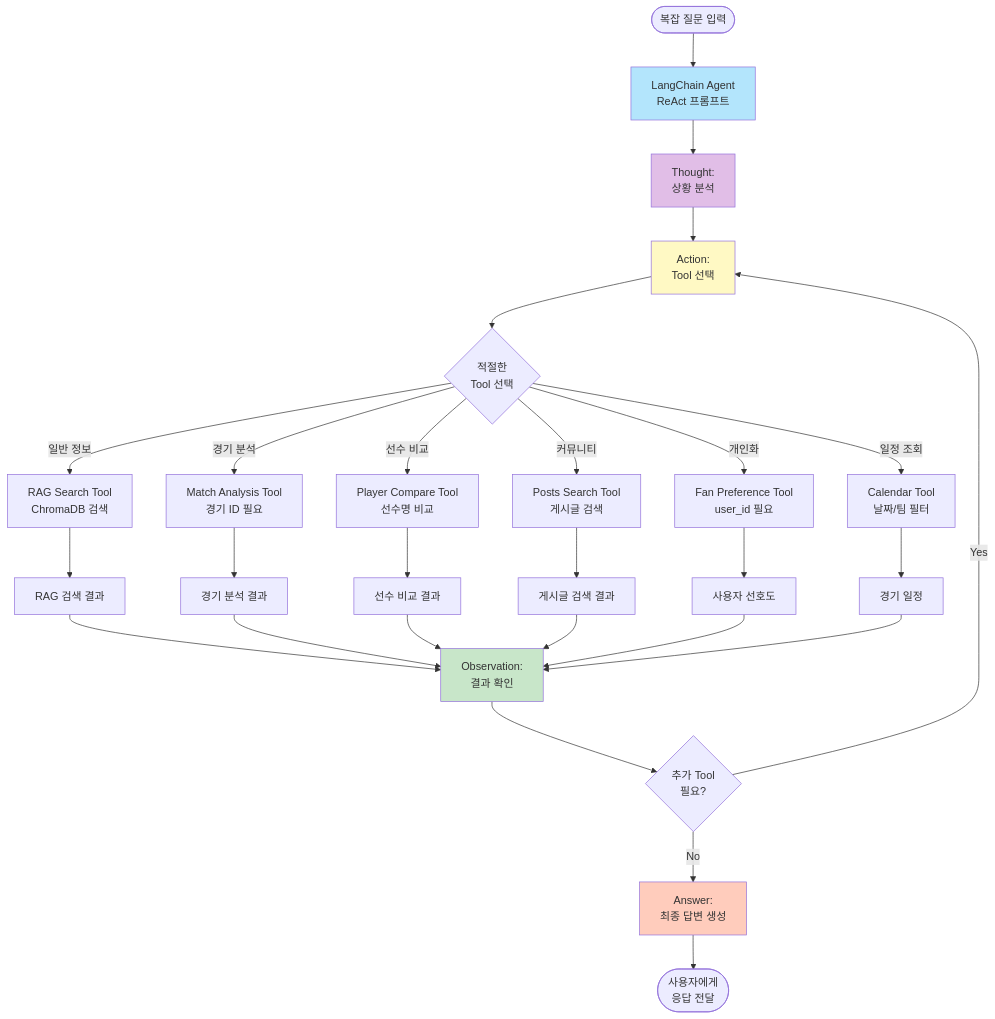
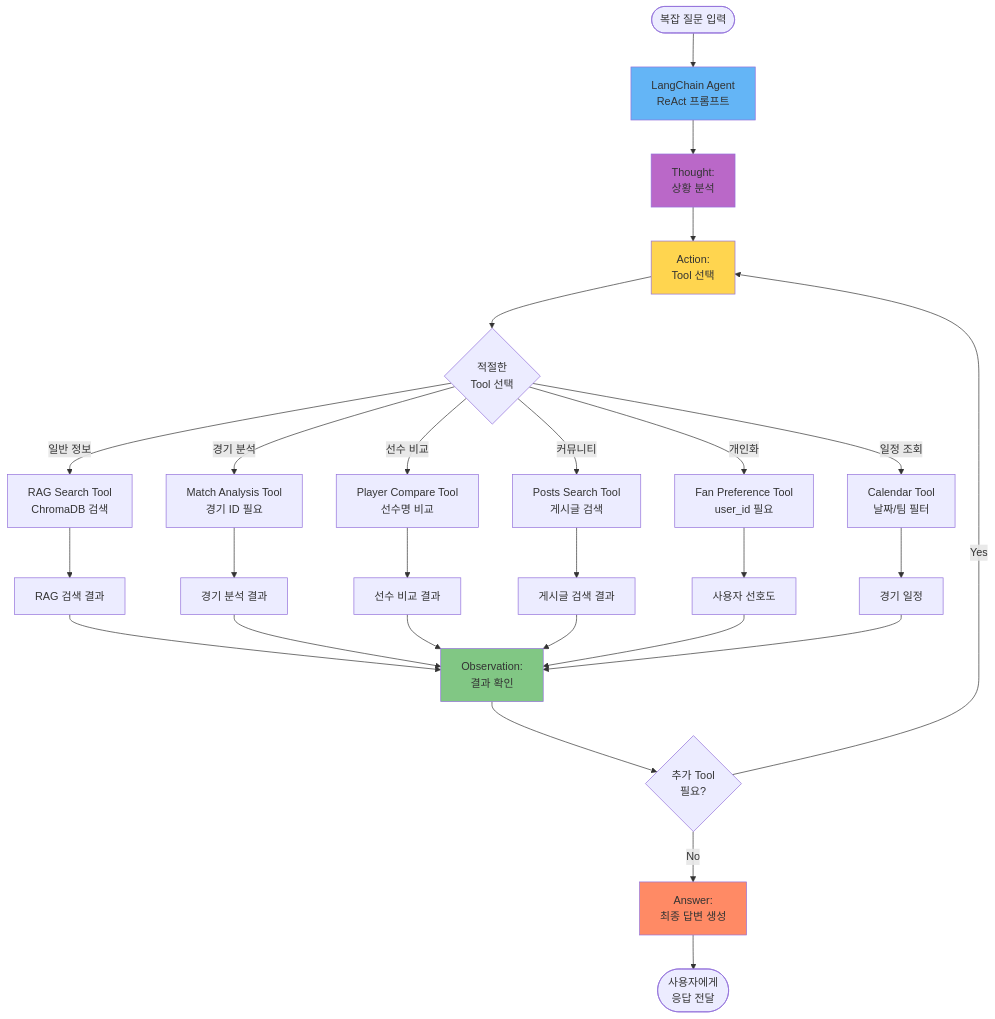
The fourth of 6 diagrams in FSF_ARCHITECTURE_DIAGRAM.md (seolmiseon/fsf-llm-platform), drawn with Mermaid before and after one commit. The commit also changed other lines of this file and 6 other files, not shown here.

````diff
--- a/FSF_ARCHITECTURE_DIAGRAM.md
+++ b/FSF_ARCHITECTURE_DIAGRAM.md
@@ -216,41 +238,41 @@
 ```mermaid
 flowchart TD
     Start([복잡 질문 입력]) --> Agent[LangChain Agent<br/>ReAct 프롬프트]
     Agent --> Thought[Thought:<br/>상황 분석]
     Thought --> Action[Action:<br/>Tool 선택]
 
     Action --> ToolDecision{적절한<br/>Tool 선택}
 
     ToolDecision -->|일반 정보| RAGTool[RAG Search Tool<br/>ChromaDB 검색]
     ToolDecision -->|경기 분석| MatchTool[Match Analysis Tool<br/>경기 ID 필요]
     ToolDecision -->|선수 비교| PlayerTool[Player Compare Tool<br/>선수명 비교]
     ToolDecision -->|커뮤니티| PostsTool[Posts Search Tool<br/>게시글 검색]
     ToolDecision -->|개인화| FanTool[Fan Preference Tool<br/>user_id 필요]
     ToolDecision -->|일정 조회| CalendarTool[Calendar Tool<br/>날짜/팀 필터]
 
     RAGTool --> RAGResult[RAG 검색 결과]
     MatchTool --> MatchResult[경기 분석 결과]
     PlayerTool --> PlayerResult[선수 비교 결과]
     PostsTool --> PostsResult[게시글 검색 결과]
     FanTool --> FanResult[사용자 선호도]
     CalendarTool --> CalendarResult[경기 일정]
 
     RAGResult --> Observation[Observation:<br/>결과 확인]
     MatchResult --> Observation
     PlayerResult --> Observation
     PostsResult --> Observation
     FanResult --> Observation
     CalendarResult --> Observation
 
     Observation --> MoreTools{추가 Tool<br/>필요?}
     MoreTools -->|Yes| Action
     MoreTools -->|No| Answer[Answer:<br/>최종 답변 생성]
 
     Answer --> End([사용자에게<br/>응답 전달])
 
-    style Agent fill:#b3e5fc
-    style Thought fill:#e1bee7
-    style Action fill:#fff9c4
-    style Observation fill:#c8e6c9
-    style Answer fill:#ffccbc
+    style Agent fill:#64B5F6
+    style Thought fill:#BA68C8
+    style Action fill:#FFD54F
+    style Observation fill:#81C784
+    style Answer fill:#FF8A65
 ```
````
